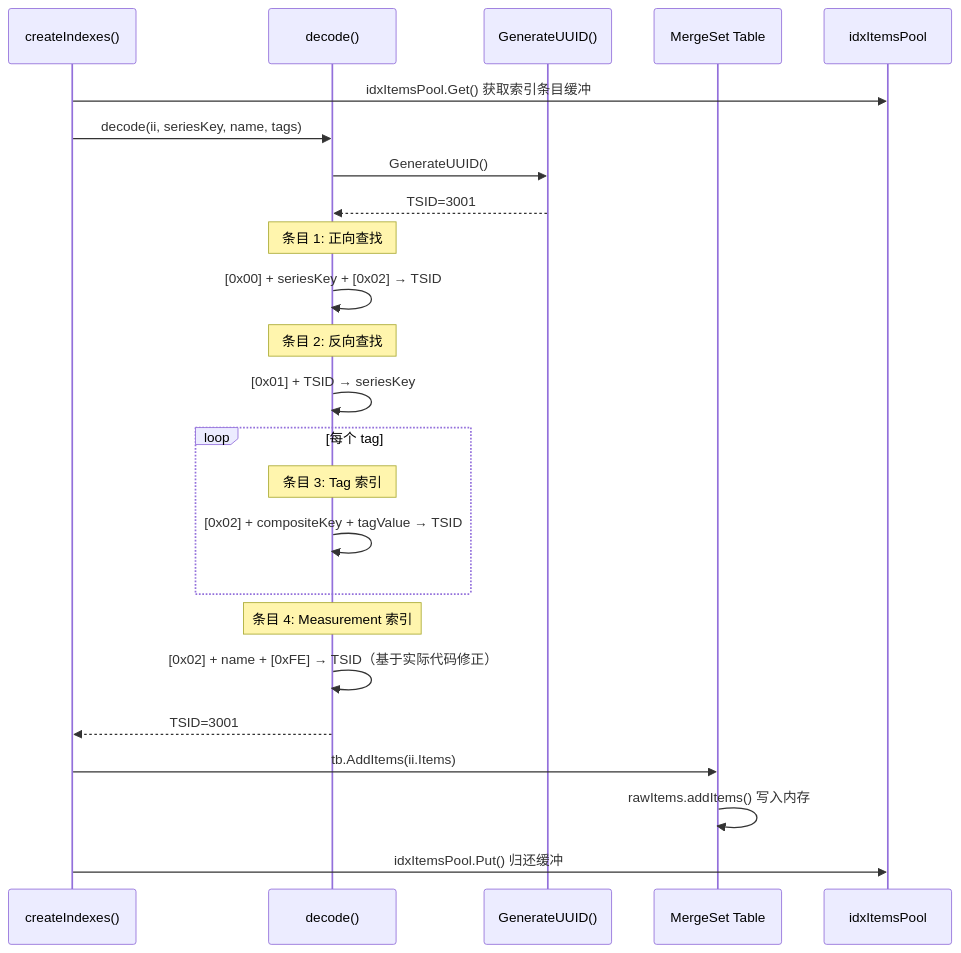
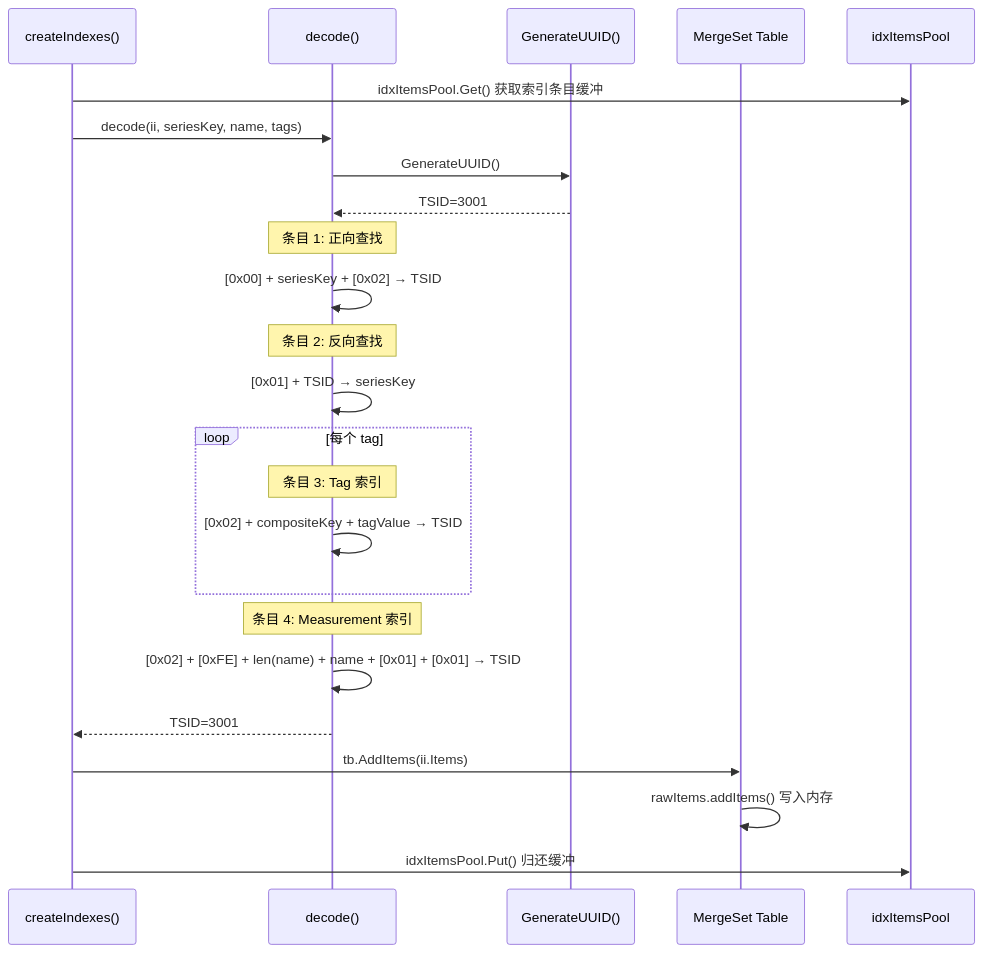
Diagram 11 of 47 in docs/specs/02_index_system_spec.md (stefanv5/openGemini), drawn with Mermaid before and after one commit. The commit also changed other lines of this file and 37 other files, not shown here.

````diff
--- a/docs/specs/02_index_system_spec.md
+++ b/docs/specs/02_index_system_spec.md
@@ -963,34 +983,34 @@
 ```mermaid
 sequenceDiagram
     participant CI as createIndexes()
     participant Decode as decode()
     participant UUID as GenerateUUID()
     participant TB as MergeSet Table
     participant Pool as idxItemsPool
 
     CI->>Pool: idxItemsPool.Get() 获取索引条目缓冲
     CI->>Decode: decode(ii, seriesKey, name, tags)
 
     Decode->>UUID: GenerateUUID()
     UUID-->>Decode: TSID=3001
 
     Note over Decode: 条目 1: 正向查找
     Decode->>Decode: [0x00] + seriesKey + [0x02] → TSID
 
     Note over Decode: 条目 2: 反向查找
     Decode->>Decode: [0x01] + TSID → seriesKey
 
     loop 每个 tag
         Note over Decode: 条目 3: Tag 索引
         Decode->>Decode: [0x02] + compositeKey + tagValue → TSID
     end
 
     Note over Decode: 条目 4: Measurement 索引
-    Decode->>Decode: [0x02] + name + [0xFE] → TSID（基于实际代码修正）
+    Decode->>Decode: [0x02] + [0xFE] + len(name) + name + [0x01] + [0x01] → TSID
 
     Decode-->>CI: TSID=3001
 
     CI->>TB: tb.AddItems(ii.Items)
     TB->>TB: rawItems.addItems() 写入内存
     CI->>Pool: idxItemsPool.Put() 归还缓冲
 ```
````
